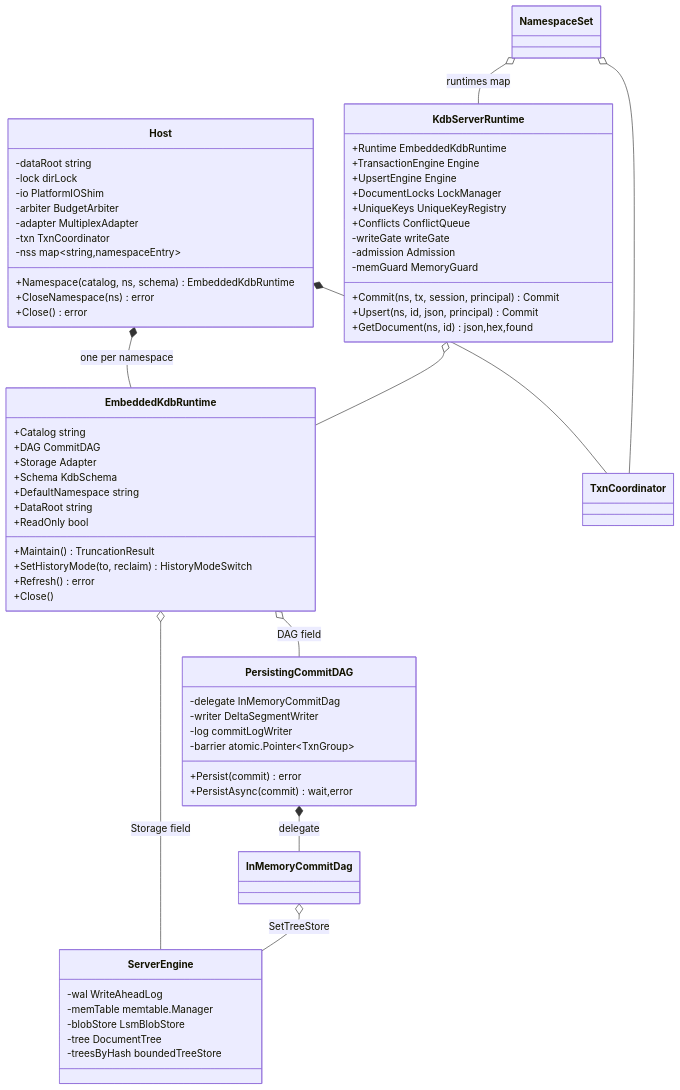
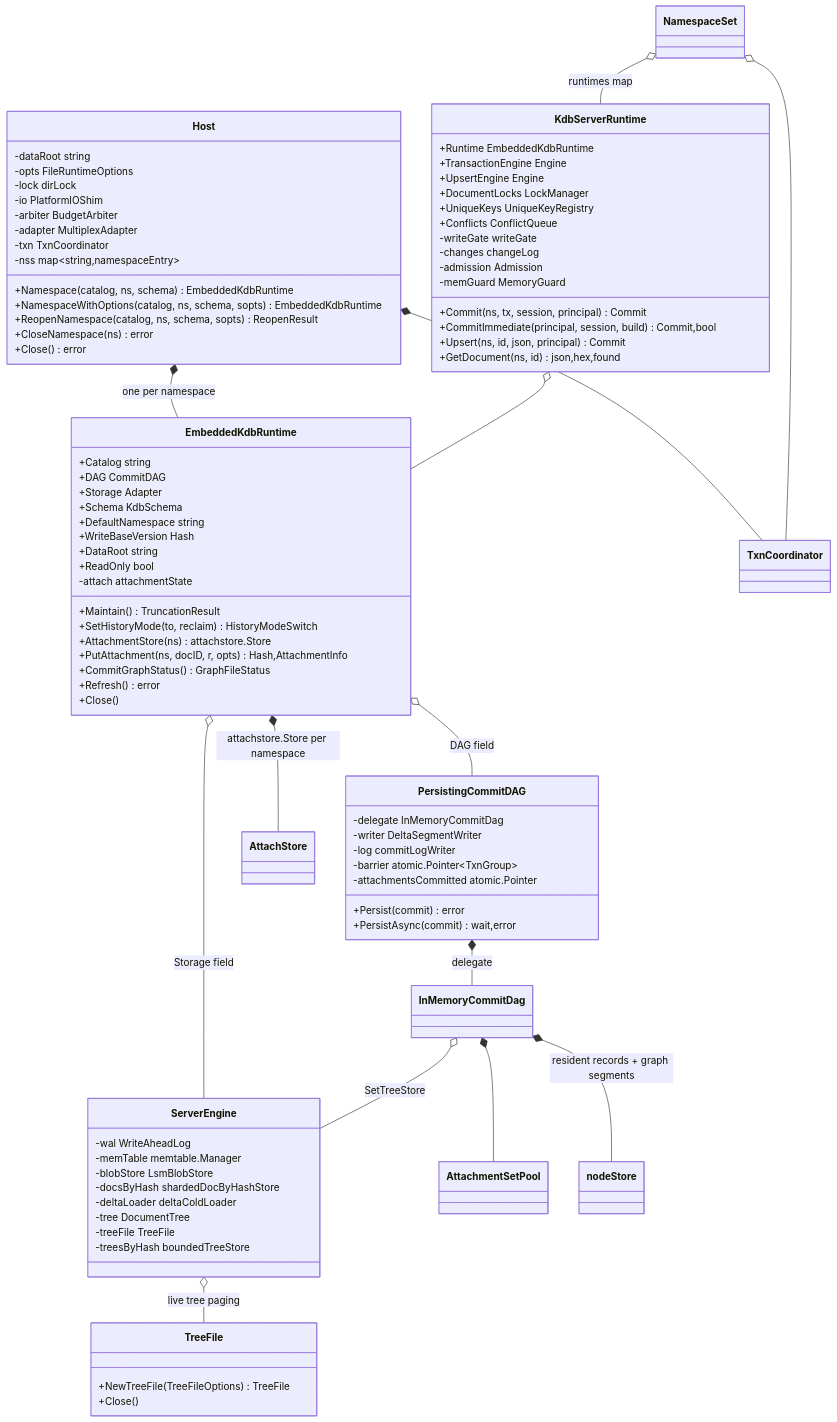
Before and after one commit to dbeasty/kdb: the second of 13 diagrams in docs/kdb-class-design.md, drawn with Mermaid. The commit also changed other lines of this file and 36 other files, not shown here.

First line of the commit message:
docs: refresh class design and flows against main of 2026-10-23

```diff
--- a/docs/kdb-class-design.md
+++ b/docs/kdb-class-design.md
@@ -132,6 +153,7 @@
 classDiagram
   class Host {
     -dataRoot string
+    -opts FileRuntimeOptions
     -lock dirLock
     -io PlatformIOShim
     -arbiter BudgetArbiter
@@ -139,6 +161,8 @@
     -txn TxnCoordinator
     -nss map~string,namespaceEntry~
     +Namespace(catalog, ns, schema) EmbeddedKdbRuntime
+    +NamespaceWithOptions(catalog, ns, schema, sopts) EmbeddedKdbRuntime
+    +ReopenNamespace(catalog, ns, schema, sopts) ReopenResult
     +CloseNamespace(ns) error
     +Close() error
   }
@@ -148,10 +172,15 @@
     +Storage Adapter
     +Schema KdbSchema
     +DefaultNamespace string
+    +WriteBaseVersion Hash
     +DataRoot string
     +ReadOnly bool
+    -attach attachmentState
     +Maintain() TruncationResult
     +SetHistoryMode(to, reclaim) HistoryModeSwitch
+    +AttachmentStore(ns) attachstore.Store
+    +PutAttachment(ns, docID, r, opts) Hash,AttachmentInfo
+    +CommitGraphStatus() GraphFileStatus
     +Refresh() error
     +Close()
   }
@@ -160,6 +189,7 @@
     -writer DeltaSegmentWriter
     -log commitLogWriter
     -barrier atomic.Pointer~TxnGroup~
+    -attachmentsCommitted atomic.Pointer
     +Persist(commit) error
     +PersistAsync(commit) wait,error
   }
@@ -167,7 +197,10 @@
     -wal WriteAheadLog
     -memTable memtable.Manager
     -blobStore LsmBlobStore
+    -docsByHash shardedDocByHashStore
+    -deltaLoader deltaColdLoader
     -tree DocumentTree
+    -treeFile TreeFile
     -treesByHash boundedTreeStore
   }
   class KdbServerRuntime {
@@ -178,18 +211,28 @@
     +UniqueKeys UniqueKeyRegistry
     +Conflicts ConflictQueue
     -writeGate writeGate
+    -changes changeLog
     -admission Admission
     -memGuard MemoryGuard
     +Commit(ns, tx, session, principal) Commit
+    +CommitImmediate(principal, session, build) Commit,bool
     +Upsert(ns, id, json, principal) Commit
     +GetDocument(ns, id) json,hex,found
+  }
+  class TreeFile {
+    +NewTreeFile(TreeFileOptions) TreeFile
+    +Close()
   }
   Host *-- EmbeddedKdbRuntime : one per namespace
   Host *-- TxnCoordinator
   EmbeddedKdbRuntime o-- PersistingCommitDAG : DAG field
   PersistingCommitDAG *-- InMemoryCommitDag : delegate
   EmbeddedKdbRuntime o-- ServerEngine : Storage field
+  EmbeddedKdbRuntime *-- AttachStore : attachstore.Store per namespace
   InMemoryCommitDag o-- ServerEngine : SetTreeStore
+  InMemoryCommitDag *-- AttachmentSetPool
+  InMemoryCommitDag *-- nodeStore : resident records + graph segments
+  ServerEngine o-- TreeFile : live tree paging
   KdbServerRuntime o-- EmbeddedKdbRuntime
   NamespaceSet o-- KdbServerRuntime : runtimes map
   NamespaceSet o-- TxnCoordinator
```
